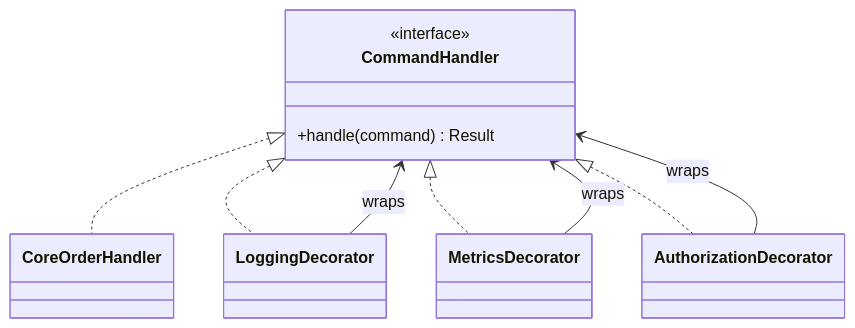
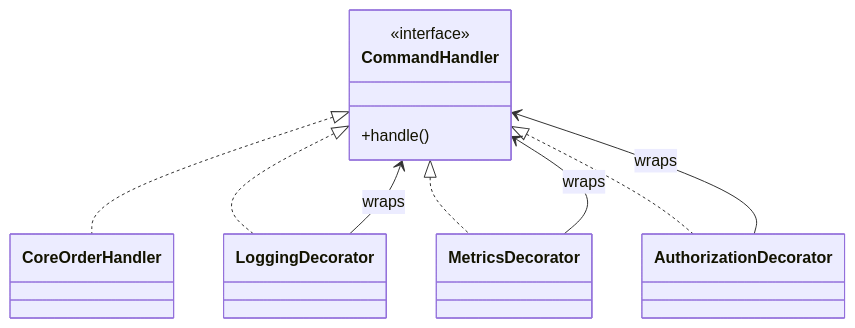
The diagram in _posts/2026-11-02-java-pattern-decorator-observability-policy-part-1.md (sandeepbhardwaj/sandeepbhardwaj.github.io), drawn with Mermaid before and after one commit. The commit also changed 85 other files, not shown here.

Commit message:
mermaid flow chart fixes

````diff
--- a/_posts/2026-11-02-java-pattern-decorator-observability-policy-part-1.md
+++ b/_posts/2026-11-02-java-pattern-decorator-observability-policy-part-1.md
@@ -68,19 +68,19 @@
 ```mermaid
 classDiagram
     class CommandHandler {
       <<interface>>
-      +handle(command) Result
+      +handle()
     }
     class CoreOrderHandler
     class LoggingDecorator
     class MetricsDecorator
     class AuthorizationDecorator
 
     CommandHandler <|.. CoreOrderHandler
     CommandHandler <|.. LoggingDecorator
     CommandHandler <|.. MetricsDecorator
     CommandHandler <|.. AuthorizationDecorator
     LoggingDecorator --> CommandHandler : wraps
     MetricsDecorator --> CommandHandler : wraps
     AuthorizationDecorator --> CommandHandler : wraps
 ```
````
